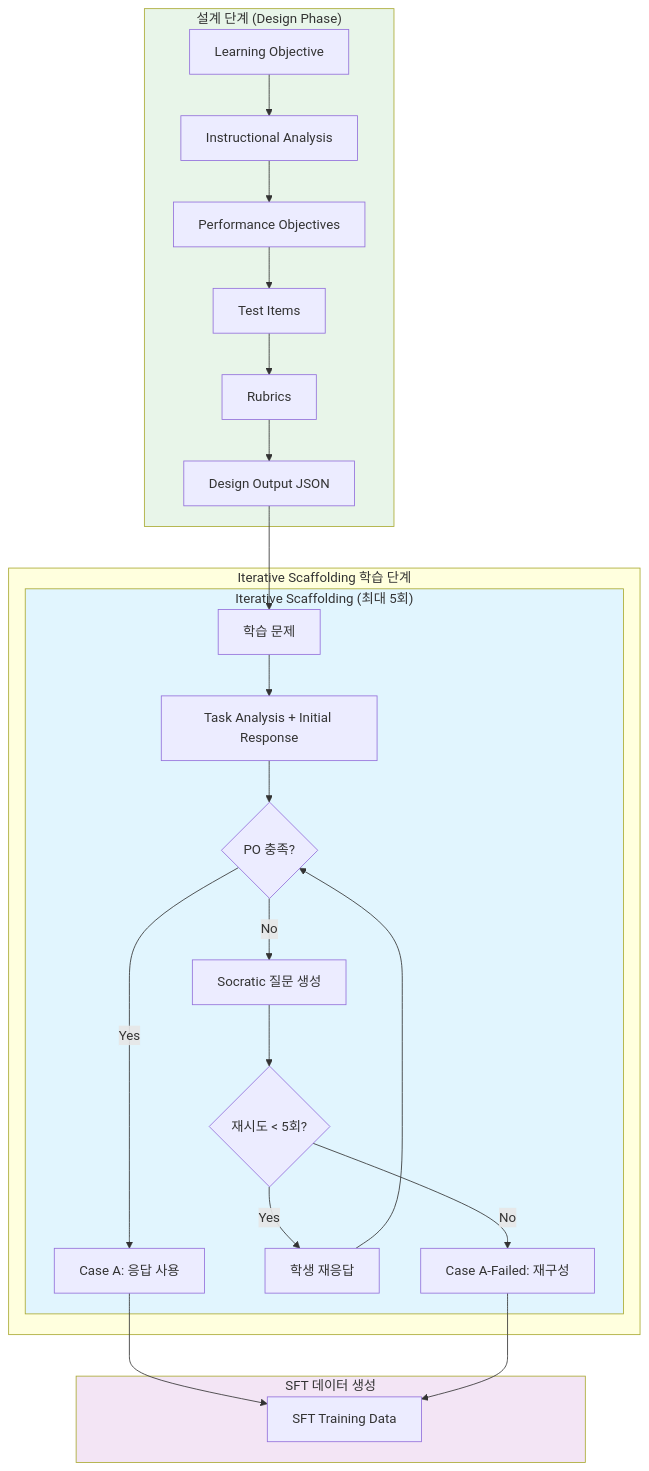
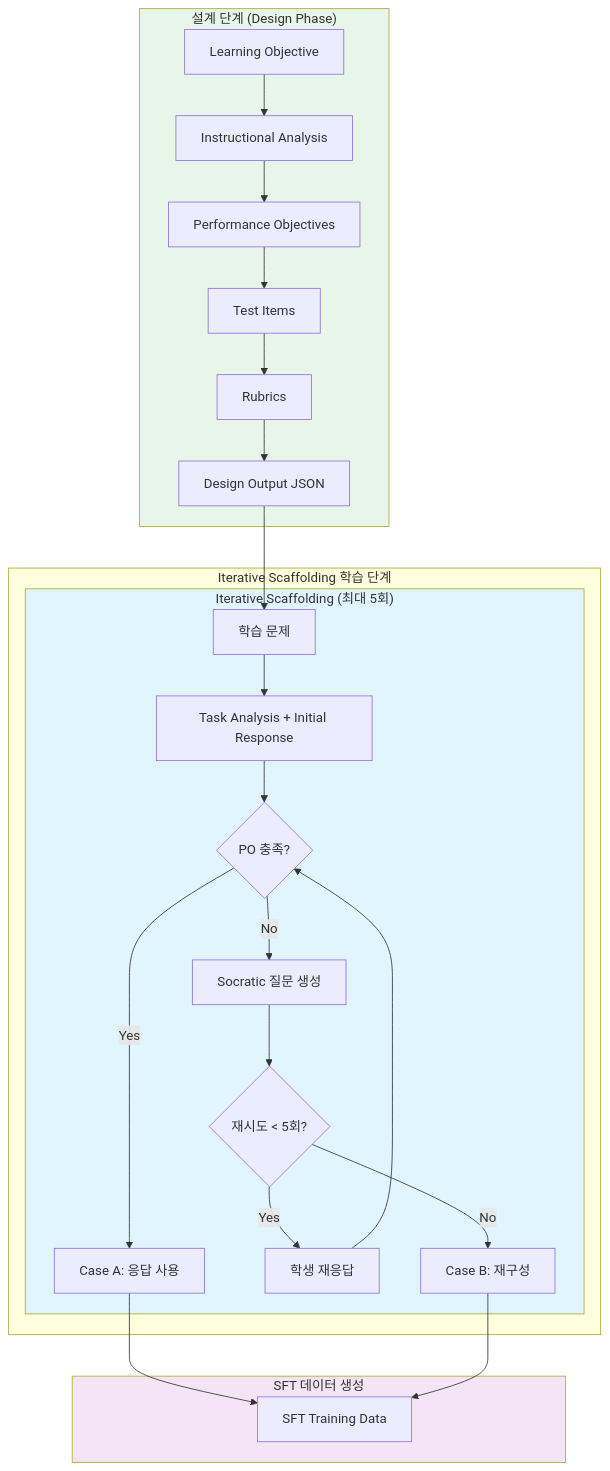
One commit to SaFD-00/ID-MAS changed the first of 2 diagrams in ARCHITECTURE.md. Above: the diagram before and after it, drawn with Mermaid. The commit also changed other lines of this file and 8 other files, not shown here.

First line of the commit message:
refactor: A-Failed 용어를 Case B로 통일

````diff
--- a/ARCHITECTURE.md
+++ b/ARCHITECTURE.md
@@ -262,34 +262,34 @@
 ```mermaid
 flowchart TB
     subgraph Design["설계 단계 (Design Phase)"]
         LO[Learning Objective] --> IA[Instructional Analysis]
         IA --> PO[Performance Objectives]
         PO --> TI[Test Items]
         TI --> RB[Rubrics]
         RB --> DO[Design Output JSON]
     end
 
     subgraph Learning["Iterative Scaffolding 학습 단계"]
         subgraph Scaffolding["Iterative Scaffolding (최대 5회)"]
             S_IN[학습 문제] --> S_TA[Task Analysis + Initial Response]
             S_TA --> S_EVAL{PO 충족?}
             S_EVAL -->|Yes| S_OK[Case A: 응답 사용]
             S_EVAL -->|No| S_SOCRATIC[Socratic 질문 생성]
             S_SOCRATIC --> S_RETRY{재시도 < 5회?}
             S_RETRY -->|Yes| S_RESPOND[학생 재응답]
             S_RESPOND --> S_EVAL
-            S_RETRY -->|No| S_FAILED[Case A-Failed: 재구성]
+            S_RETRY -->|No| S_FAILED[Case B: 재구성]
         end
     end
 
     subgraph Output["SFT 데이터 생성"]
         S_OK --> SFT[SFT Training Data]
         S_FAILED --> SFT
     end
 
     DO --> S_IN
 
     style Scaffolding fill:#e1f5fe
     style Design fill:#e8f5e9
     style Output fill:#f3e5f5
 ```
````
